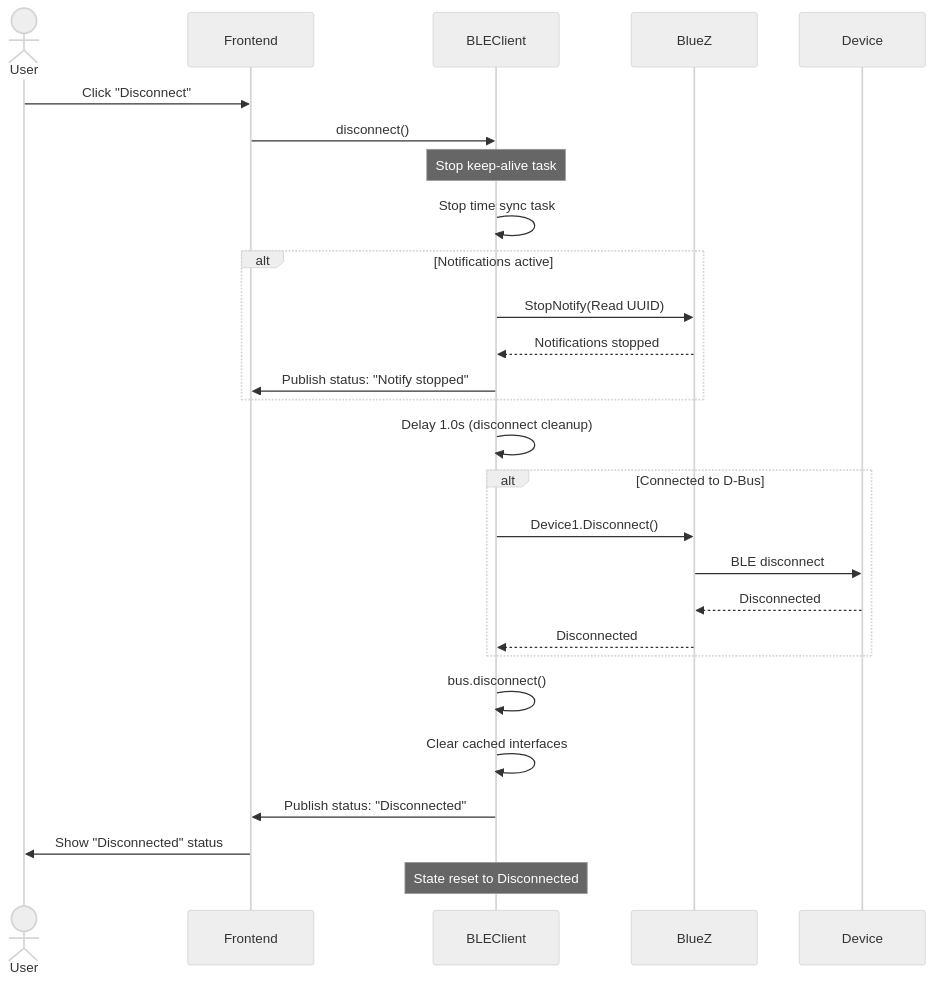
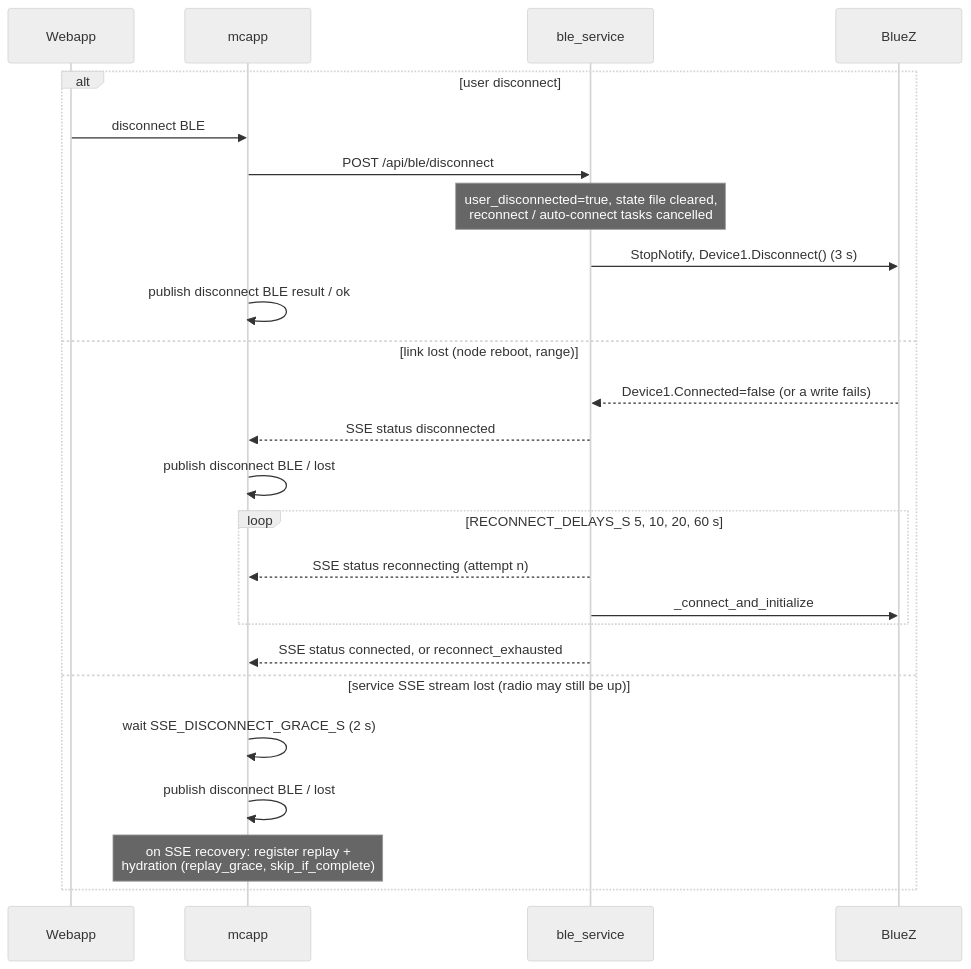
The ninth of 9 diagrams in doc/ble-state-machine.md (DK5EN/McApp), drawn with Mermaid (neutral theme) before and after one commit. The commit also changed other lines of this file and 1 other file, not shown here.

First line of the commit message:
[docs] Rewrite ble-state-machine.md for the ble_service architecture

````diff
--- a/doc/ble-state-machine.md
+++ b/doc/ble-state-machine.md
@@ -461,37 +386,28 @@
 ```mermaid
 sequenceDiagram
-    actor User
-    participant Frontend
-    participant BLEClient
+    participant Webapp
+    participant Mcapp as mcapp
+    participant Svc as ble_service
     participant BlueZ
-    participant Device
 
-    User->>Frontend: Click "Disconnect"
-    Frontend->>BLEClient: disconnect()
-
-    Note over BLEClient: Stop keep-alive task
-    BLEClient->>BLEClient: Stop time sync task
-
-    alt Notifications active
-        BLEClient->>BlueZ: StopNotify(Read UUID)
-        BlueZ-->>BLEClient: Notifications stopped
-        BLEClient->>Frontend: Publish status: "Notify stopped"
+    alt user disconnect
+        Webapp->>Mcapp: disconnect BLE
+        Mcapp->>Svc: POST /api/ble/disconnect
+        Note over Svc: user_disconnected=true, state file cleared,<br/>reconnect / auto-connect tasks cancelled
+        Svc->>BlueZ: StopNotify, Device1.Disconnect() (3 s)
+        Mcapp->>Mcapp: publish disconnect BLE result / ok
+    else link lost (node reboot, range)
+        BlueZ-->>Svc: Device1.Connected=false (or a write fails)
+        Svc-->>Mcapp: SSE status disconnected
+        Mcapp->>Mcapp: publish disconnect BLE / lost
+        loop RECONNECT_DELAYS_S 5, 10, 20, 60 s
+            Svc-->>Mcapp: SSE status reconnecting (attempt n)
+            Svc->>BlueZ: _connect_and_initialize
+        end
+        Svc-->>Mcapp: SSE status connected, or reconnect_exhausted
+    else service SSE stream lost (radio may still be up)
+        Mcapp->>Mcapp: wait SSE_DISCONNECT_GRACE_S (2 s)
+        Mcapp->>Mcapp: publish disconnect BLE / lost
+        Note over Mcapp: on SSE recovery: register replay +<br/>hydration (replay_grace, skip_if_complete)
     end
-
-    BLEClient->>BLEClient: Delay 1.0s (disconnect cleanup)
-
-    alt Connected to D-Bus
-        BLEClient->>BlueZ: Device1.Disconnect()
-        BlueZ->>Device: BLE disconnect
-        Device-->>BlueZ: Disconnected
-        BlueZ-->>BLEClient: Disconnected
-    end
-
-    BLEClient->>BLEClient: bus.disconnect()
-    BLEClient->>BLEClient: Clear cached interfaces
-
-    BLEClient->>Frontend: Publish status: "Disconnected"
-    Frontend->>User: Show "Disconnected" status
-
-    Note over BLEClient: State reset to Disconnected
 ```
````
